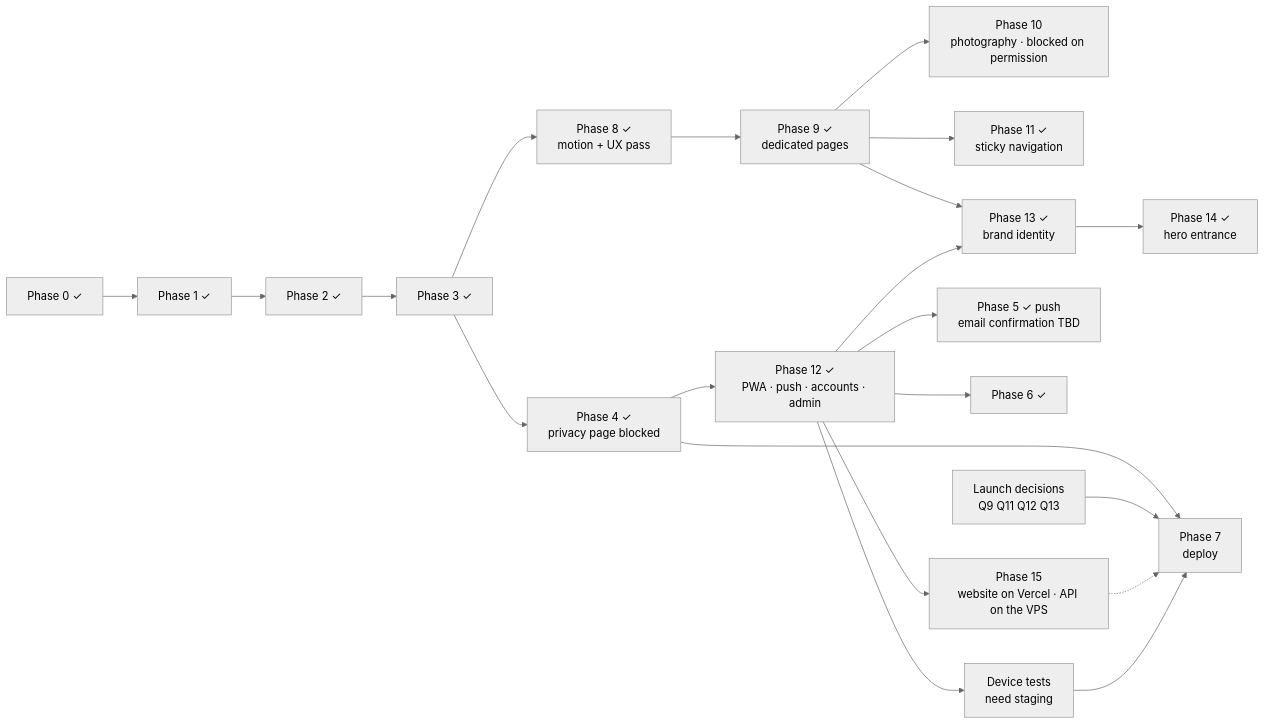
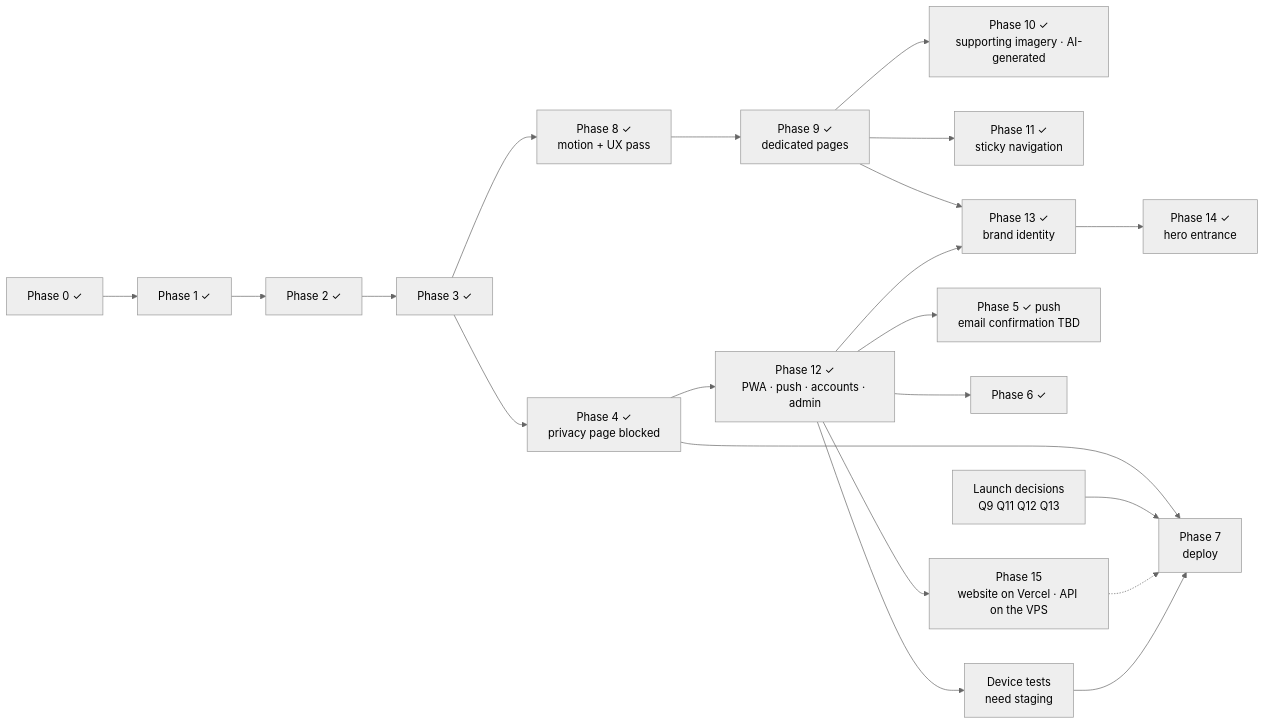
One commit to E310-Tech-Team/nyaya-sop changed the diagram in docs/06-Implementation-Plan.md. Above: the diagram before and after it, drawn with Mermaid (neutral theme). The commit also changed other lines of this file and 47 other files, not shown here.

````diff
--- a/docs/06-Implementation-Plan.md
+++ b/docs/06-Implementation-Plan.md
@@ -254,23 +259,23 @@
 ```mermaid
 flowchart LR
     P0[Phase 0 ✓] --> P1[Phase 1 ✓]
     P1 --> P2[Phase 2 ✓]
     P2 --> P3[Phase 3 ✓]
     P3 --> P4[Phase 4 ✓<br/>privacy page blocked]
     P3 --> P8[Phase 8 ✓<br/>motion + UX pass]
     P8 --> P9[Phase 9 ✓<br/>dedicated pages]
-    P9 --> P10[Phase 10<br/>photography · blocked on permission]
+    P9 --> P10[Phase 10 ✓<br/>supporting imagery · AI-generated]
     P9 --> P11[Phase 11 ✓<br/>sticky navigation]
     P4 --> P7[Phase 7<br/>deploy]
     Q[Launch decisions<br/>Q9 Q11 Q12 Q13] --> P7
     P4 --> P12[Phase 12 ✓<br/>PWA · push · accounts · admin]
     P12 --> P5[Phase 5 ✓ push<br/>email confirmation TBD]
     P12 --> P6[Phase 6 ✓]
     P12 --> DEV[Device tests<br/>need staging]
     P9 --> P13[Phase 13 ✓<br/>brand identity]
     P12 --> P13
     P13 --> P14[Phase 14 ✓<br/>hero entrance]
     P12 --> P15[Phase 15<br/>website on Vercel · API on the VPS]
     P15 -.-> P7
     DEV --> P7
 ```
````
